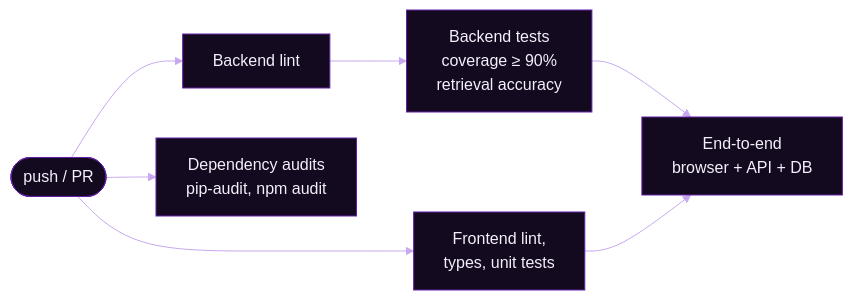
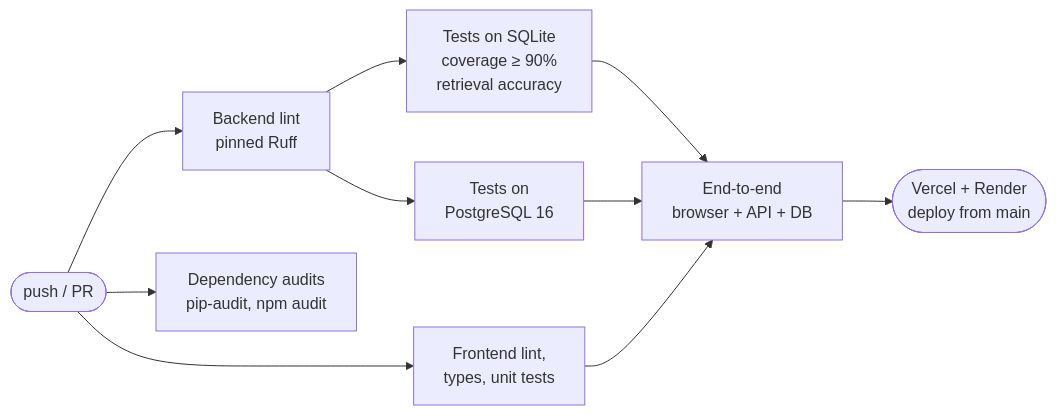
The fourth of 4 diagrams in README.md (sarthaksaxenaa/CareNexus), drawn with Mermaid before and after one commit. The commit also changed other lines of this file, not shown here.

````diff
--- a/README.md
+++ b/README.md
@@ -171,9 +224,12 @@
 ```mermaid
-%%{init: {'theme':'base','themeVariables':{'background':'#050505','primaryColor':'#140a20','primaryTextColor':'#f4effa','primaryBorderColor':'#6420a8','lineColor':'#c7a8f0','edgeLabelBackground':'#050505','fontFamily':'Georgia, serif'}}}%%
 flowchart LR
-    push([push / PR]) --> BL[Backend lint] --> BT[Backend tests<br/>coverage ≥ 90%<br/>retrieval accuracy]
+    push([push / PR]) --> BL[Backend lint<br/>pinned Ruff]
+    BL --> BT[Tests on SQLite<br/>coverage ≥ 90%<br/>retrieval accuracy]
+    BL --> PG[Tests on<br/>PostgreSQL 16]
     push --> FL[Frontend lint,<br/>types, unit tests]
     push --> AU[Dependency audits<br/>pip-audit, npm audit]
     BT --> E2E[End-to-end<br/>browser + API + DB]
+    PG --> E2E
     FL --> E2E
+    E2E --> DEP([Vercel + Render<br/>deploy from main])
 ```
````
